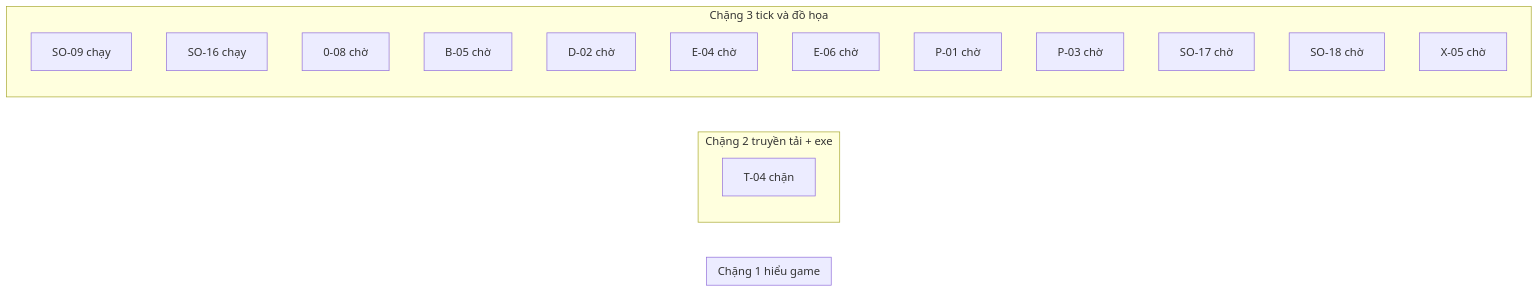
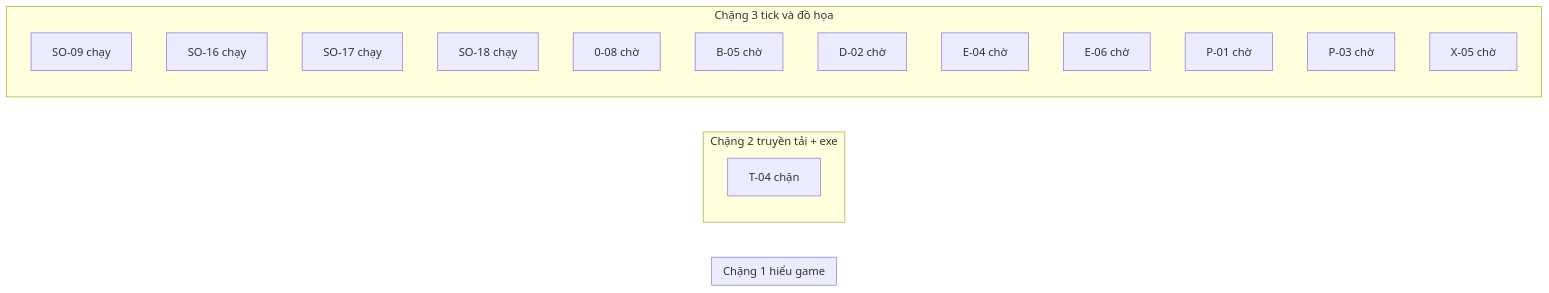
The diagram in JX1_OPS/STATE/TIEN-DO.md (ndtangoss-dev/jx1-reports), drawn with Mermaid before and after one commit. The commit also changed other lines of this file and 14 other files, not shown here.

````diff
--- a/JX1_OPS/STATE/TIEN-DO.md
+++ b/JX1_OPS/STATE/TIEN-DO.md
@@ -9,22 +9,22 @@
 ```mermaid
 flowchart LR
   subgraph S1["Chặng 1 hiểu game"]
   end
   subgraph S2["Chặng 2 truyền tải + exe"]
     T_04["T-04 chặn"]
   end
   subgraph S3["Chặng 3 tick và đồ họa"]
     SO_09["SO-09 chạy"]
     SO_16["SO-16 chạy"]
+    SO_17["SO-17 chạy"]
+    SO_18["SO-18 chạy"]
     0_08["0-08 chờ"]
     B_05["B-05 chờ"]
     D_02["D-02 chờ"]
     E_04["E-04 chờ"]
     E_06["E-06 chờ"]
     P_01["P-01 chờ"]
     P_03["P-03 chờ"]
-    SO_17["SO-17 chờ"]
-    SO_18["SO-18 chờ"]
     X_05["X-05 chờ"]
   end
 ```
````
